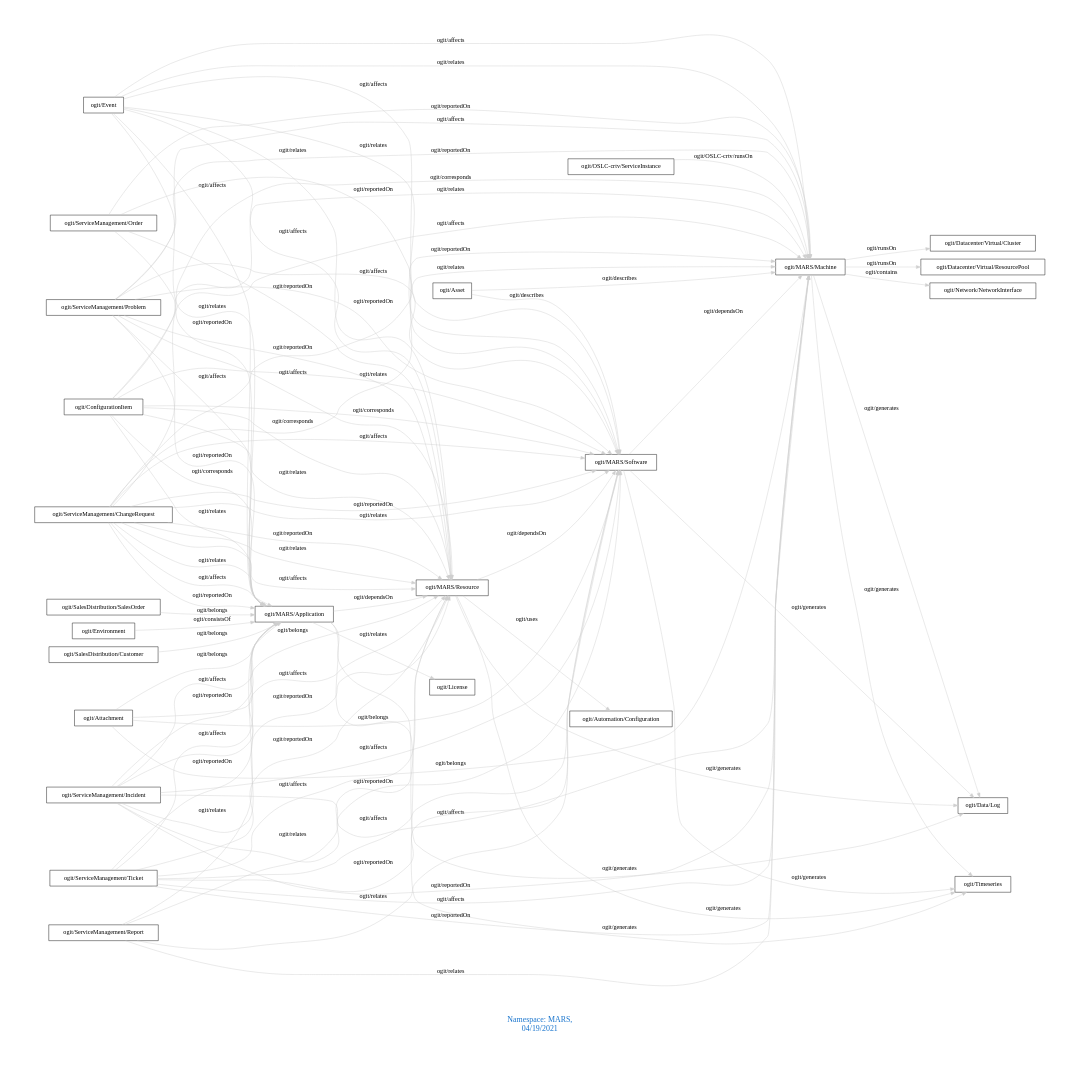
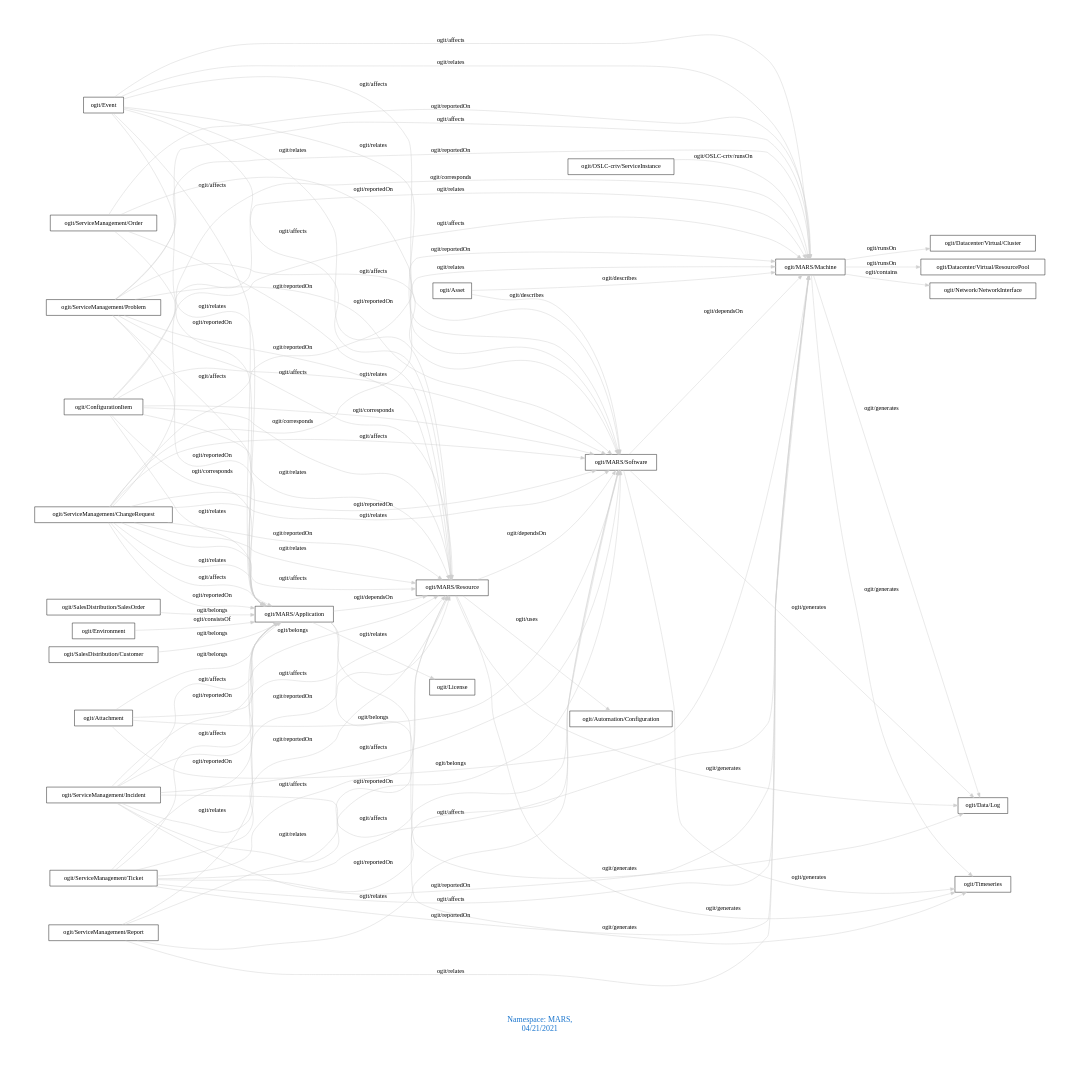
The diagram in downloads/MARS.dot (arago/OGIT), drawn with Graphviz before and after one commit. The commit also changed 1868 other files, not shown here.

```diff
--- a/downloads/MARS.dot
+++ b/downloads/MARS.dot
@@ -1,94 +1,94 @@
 digraph OGIT_ontology {
  graph [ rankdir= LR,pad=1 
 fontsize = 18,
-fontcolor= dodgerblue3,label = "\n\n\nNamespace: MARS, \n 04/19/2021"];
+fontcolor= dodgerblue3,label = "\n\n\nNamespace: MARS, \n 04/21/2021"];
 node[shape=polygon];
 edge [  color="gray81"];
 
    "ogit/MARS/Machine" -> "ogit/Network/NetworkInterface" [label="   ogit/contains    "];
    "ogit/MARS/Machine" -> "ogit/Datacenter/Virtual/Cluster" [label="   ogit/runsOn    "];
    "ogit/MARS/Machine" -> "ogit/Datacenter/Virtual/ResourcePool" [label="   ogit/runsOn    "];
    "ogit/MARS/Application" -> "ogit/Data/Log" [label="   ogit/generates    "];
    "ogit/MARS/Application" -> "ogit/Timeseries" [label="   ogit/generates    "];
    "ogit/MARS/Machine" -> "ogit/Data/Log" [label="   ogit/generates    "];
    "ogit/MARS/Machine" -> "ogit/Timeseries" [label="   ogit/generates    "];
    "ogit/MARS/Resource" -> "ogit/Data/Log" [label="   ogit/generates    "];
    "ogit/MARS/Resource" -> "ogit/Timeseries" [label="   ogit/generates    "];
    "ogit/MARS/Software" -> "ogit/Data/Log" [label="   ogit/generates    "];
    "ogit/MARS/Software" -> "ogit/Timeseries" [label="   ogit/generates    "];
    "ogit/Asset" -> "ogit/MARS/Software" [label="   ogit/describes    "];
    "ogit/Asset" -> "ogit/MARS/Machine" [label="   ogit/describes    "];
    "ogit/ConfigurationItem" -> "ogit/MARS/Application" [label="   ogit/corresponds    "];
    "ogit/ConfigurationItem" -> "ogit/MARS/Resource" [label="   ogit/corresponds    "];
    "ogit/ConfigurationItem" -> "ogit/MARS/Software" [label="   ogit/corresponds    "];
    "ogit/ConfigurationItem" -> "ogit/MARS/Machine" [label="   ogit/corresponds    "];
    "ogit/ServiceManagement/ChangeRequest" -> "ogit/MARS/Application" [label="   ogit/affects    "];
    "ogit/ServiceManagement/ChangeRequest" -> "ogit/MARS/Resource" [label="   ogit/affects    "];
    "ogit/ServiceManagement/ChangeRequest" -> "ogit/MARS/Software" [label="   ogit/affects    "];
    "ogit/ServiceManagement/ChangeRequest" -> "ogit/MARS/Machine" [label="   ogit/affects    "];
    "ogit/ServiceManagement/Incident" -> "ogit/MARS/Application" [label="   ogit/affects    "];
    "ogit/ServiceManagement/Incident" -> "ogit/MARS/Resource" [label="   ogit/affects    "];
    "ogit/ServiceManagement/Incident" -> "ogit/MARS/Software" [label="   ogit/affects    "];
    "ogit/ServiceManagement/Incident" -> "ogit/MARS/Machine" [label="   ogit/affects    "];
    "ogit/ServiceManagement/Problem" -> "ogit/MARS/Application" [label="   ogit/affects    "];
    "ogit/ServiceManagement/Problem" -> "ogit/MARS/Resource" [label="   ogit/affects    "];
    "ogit/ServiceManagement/Problem" -> "ogit/MARS/Software" [label="   ogit/affects    "];
    "ogit/ServiceManagement/Problem" -> "ogit/MARS/Machine" [label="   ogit/affects    "];
    "ogit/ServiceManagement/Ticket" -> "ogit/MARS/Application" [label="   ogit/affects    "];
    "ogit/ServiceManagement/Ticket" -> "ogit/MARS/Resource" [label="   ogit/affects    "];
    "ogit/ServiceManagement/Ticket" -> "ogit/MARS/Software" [label="   ogit/affects    "];
    "ogit/ServiceManagement/Ticket" -> "ogit/MARS/Machine" [label="   ogit/affects    "];
    "ogit/Event" -> "ogit/MARS/Application" [label="   ogit/affects    "];
    "ogit/Event" -> "ogit/MARS/Resource" [label="   ogit/affects    "];
    "ogit/Event" -> "ogit/MARS/Software" [label="   ogit/affects    "];
    "ogit/Event" -> "ogit/MARS/Machine" [label="   ogit/affects    "];
    "ogit/OSLC-crtv/ServiceInstance" -> "ogit/MARS/Machine" [label="   ogit/OSLC-crtv/runsOn    "];
    "ogit/MARS/Application" -> "ogit/MARS/Resource" [label="   ogit/dependsOn    "];
    "ogit/MARS/Resource" -> "ogit/MARS/Software" [label="   ogit/dependsOn    "];
    "ogit/MARS/Software" -> "ogit/MARS/Machine" [label="   ogit/dependsOn    "];
    "ogit/SalesDistribution/Customer" -> "ogit/MARS/Application" [label="   ogit/belongs    "];
    "ogit/SalesDistribution/SalesOrder" -> "ogit/MARS/Application" [label="   ogit/belongs    "];
    "ogit/Attachment" -> "ogit/MARS/Machine" [label="   ogit/belongs    "];
    "ogit/Attachment" -> "ogit/MARS/Software" [label="   ogit/belongs    "];
    "ogit/Attachment" -> "ogit/MARS/Resource" [label="   ogit/belongs    "];
    "ogit/Attachment" -> "ogit/MARS/Application" [label="   ogit/belongs    "];
    "ogit/MARS/Resource" -> "ogit/Automation/Configuration" [label="   ogit/uses    "];
    "ogit/ServiceManagement/ChangeRequest" -> "ogit/MARS/Machine" [label="   ogit/reportedOn    "];
    "ogit/ServiceManagement/ChangeRequest" -> "ogit/MARS/Software" [label="   ogit/reportedOn    "];
    "ogit/ServiceManagement/ChangeRequest" -> "ogit/MARS/Resource" [label="   ogit/reportedOn    "];
    "ogit/ServiceManagement/ChangeRequest" -> "ogit/MARS/Application" [label="   ogit/reportedOn    "];
    "ogit/ServiceManagement/Incident" -> "ogit/MARS/Machine" [label="   ogit/reportedOn    "];
    "ogit/ServiceManagement/Incident" -> "ogit/MARS/Software" [label="   ogit/reportedOn    "];
    "ogit/ServiceManagement/Incident" -> "ogit/MARS/Resource" [label="   ogit/reportedOn    "];
    "ogit/ServiceManagement/Incident" -> "ogit/MARS/Application" [label="   ogit/reportedOn    "];
    "ogit/ServiceManagement/Order" -> "ogit/MARS/Machine" [label="   ogit/reportedOn    "];
    "ogit/ServiceManagement/Order" -> "ogit/MARS/Software" [label="   ogit/reportedOn    "];
    "ogit/ServiceManagement/Order" -> "ogit/MARS/Resource" [label="   ogit/reportedOn    "];
    "ogit/ServiceManagement/Order" -> "ogit/MARS/Application" [label="   ogit/reportedOn    "];
    "ogit/ServiceManagement/Problem" -> "ogit/MARS/Machine" [label="   ogit/reportedOn    "];
    "ogit/ServiceManagement/Problem" -> "ogit/MARS/Software" [label="   ogit/reportedOn    "];
    "ogit/ServiceManagement/Problem" -> "ogit/MARS/Resource" [label="   ogit/reportedOn    "];
    "ogit/ServiceManagement/Problem" -> "ogit/MARS/Application" [label="   ogit/reportedOn    "];
    "ogit/ServiceManagement/Ticket" -> "ogit/MARS/Machine" [label="   ogit/reportedOn    "];
    "ogit/ServiceManagement/Ticket" -> "ogit/MARS/Software" [label="   ogit/reportedOn    "];
    "ogit/ServiceManagement/Ticket" -> "ogit/MARS/Resource" [label="   ogit/reportedOn    "];
    "ogit/ServiceManagement/Ticket" -> "ogit/MARS/Application" [label="   ogit/reportedOn    "];
    "ogit/Environment" -> "ogit/MARS/Application" [label="   ogit/consistsOf    "];
    "ogit/MARS/Application" -> "ogit/License" [label="   ogit/relates    "];
    "ogit/ServiceManagement/ChangeRequest" -> "ogit/MARS/Machine" [label="   ogit/relates    "];
    "ogit/ServiceManagement/ChangeRequest" -> "ogit/MARS/Software" [label="   ogit/relates    "];
    "ogit/ServiceManagement/ChangeRequest" -> "ogit/MARS/Resource" [label="   ogit/relates    "];
    "ogit/ServiceManagement/ChangeRequest" -> "ogit/MARS/Application" [label="   ogit/relates    "];
    "ogit/ServiceManagement/Report" -> "ogit/MARS/Machine" [label="   ogit/relates    "];
    "ogit/ServiceManagement/Report" -> "ogit/MARS/Software" [label="   ogit/relates    "];
    "ogit/ServiceManagement/Report" -> "ogit/MARS/Resource" [label="   ogit/relates    "];
    "ogit/ServiceManagement/Report" -> "ogit/MARS/Application" [label="   ogit/relates    "];
    "ogit/ConfigurationItem" -> "ogit/MARS/Machine" [label="   ogit/relates    "];
    "ogit/ConfigurationItem" -> "ogit/MARS/Software" [label="   ogit/relates    "];
    "ogit/ConfigurationItem" -> "ogit/MARS/Resource" [label="   ogit/relates    "];
    "ogit/ConfigurationItem" -> "ogit/MARS/Application" [label="   ogit/relates    "];
    "ogit/Event" -> "ogit/MARS/Machine" [label="   ogit/relates    "];
    "ogit/Event" -> "ogit/MARS/Software" [label="   ogit/relates    "];
    "ogit/Event" -> "ogit/MARS/Resource" [label="   ogit/relates    "];
    "ogit/Event" -> "ogit/MARS/Application" [label="   ogit/relates    "];
 }
```
